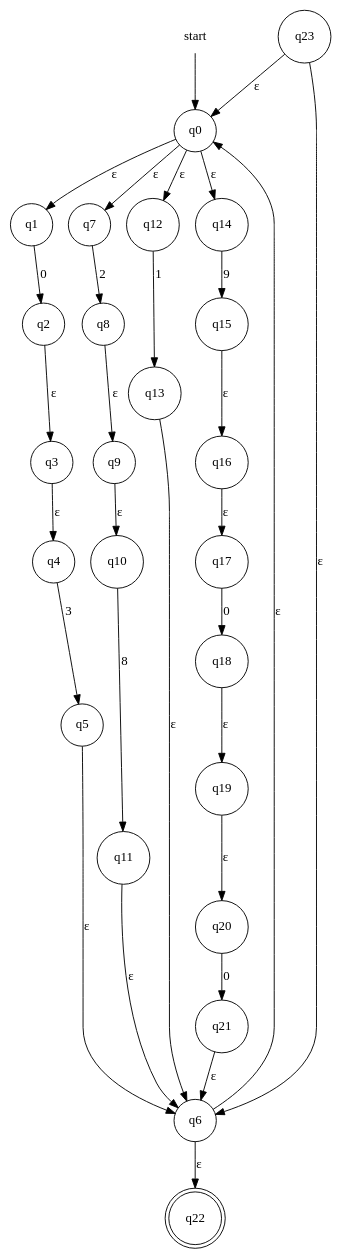
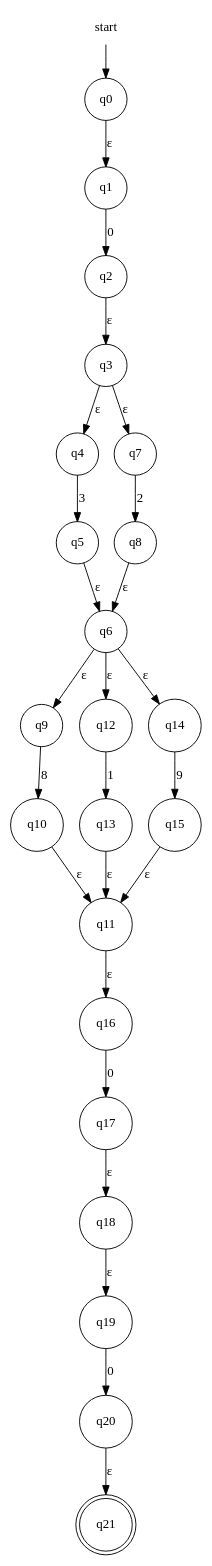
One commit to evertheylen/TA_TO changed the diagram in fase1/RE-eNFA/regex_11.dot. Above: the diagram before and after it, drawn with Graphviz. The commit also changed 13 other files, not shown here.

```diff
--- a/fase1/RE-eNFA/regex_11.dot
+++ b/fase1/RE-eNFA/regex_11.dot
@@ -1,34 +1,30 @@
 digraph automaton {
     node [shape=none]; start;
-    node [shape=doublecircle]; "q22";
+    node [shape=doublecircle]; "q21";
     node [shape=circle];
     start -> "q0";
     "q0" -> "q1" [label="&epsilon;"];
-    "q0" -> "q7" [label="&epsilon;"];
-    "q0" -> "q12" [label="&epsilon;"];
-    "q0" -> "q14" [label="&epsilon;"];
     "q1" -> "q2" [label="0"];
     "q2" -> "q3" [label="&epsilon;"];
     "q3" -> "q4" [label="&epsilon;"];
+    "q3" -> "q7" [label="&epsilon;"];
     "q4" -> "q5" [label="3"];
     "q5" -> "q6" [label="&epsilon;"];
-    "q6" -> "q0" [label="&epsilon;"];
-    "q6" -> "q22" [label="&epsilon;"];
+    "q6" -> "q9" [label="&epsilon;"];
+    "q6" -> "q12" [label="&epsilon;"];
+    "q6" -> "q14" [label="&epsilon;"];
     "q7" -> "q8" [label="2"];
-    "q8" -> "q9" [label="&epsilon;"];
-    "q9" -> "q10" [label="&epsilon;"];
-    "q10" -> "q11" [label="8"];
-    "q11" -> "q6" [label="&epsilon;"];
+    "q8" -> "q6" [label="&epsilon;"];
+    "q9" -> "q10" [label="8"];
+    "q10" -> "q11" [label="&epsilon;"];
+    "q11" -> "q16" [label="&epsilon;"];
     "q12" -> "q13" [label="1"];
-    "q13" -> "q6" [label="&epsilon;"];
+    "q13" -> "q11" [label="&epsilon;"];
     "q14" -> "q15" [label="9"];
-    "q15" -> "q16" [label="&epsilon;"];
-    "q16" -> "q17" [label="&epsilon;"];
-    "q17" -> "q18" [label="0"];
+    "q15" -> "q11" [label="&epsilon;"];
+    "q16" -> "q17" [label="0"];
+    "q17" -> "q18" [label="&epsilon;"];
     "q18" -> "q19" [label="&epsilon;"];
-    "q19" -> "q20" [label="&epsilon;"];
-    "q20" -> "q21" [label="0"];
-    "q21" -> "q6" [label="&epsilon;"];
-    "q23" -> "q0" [label="&epsilon;"];
-    "q23" -> "q6" [label="&epsilon;"];
+    "q19" -> "q20" [label="0"];
+    "q20" -> "q21" [label="&epsilon;"];
 }
```
